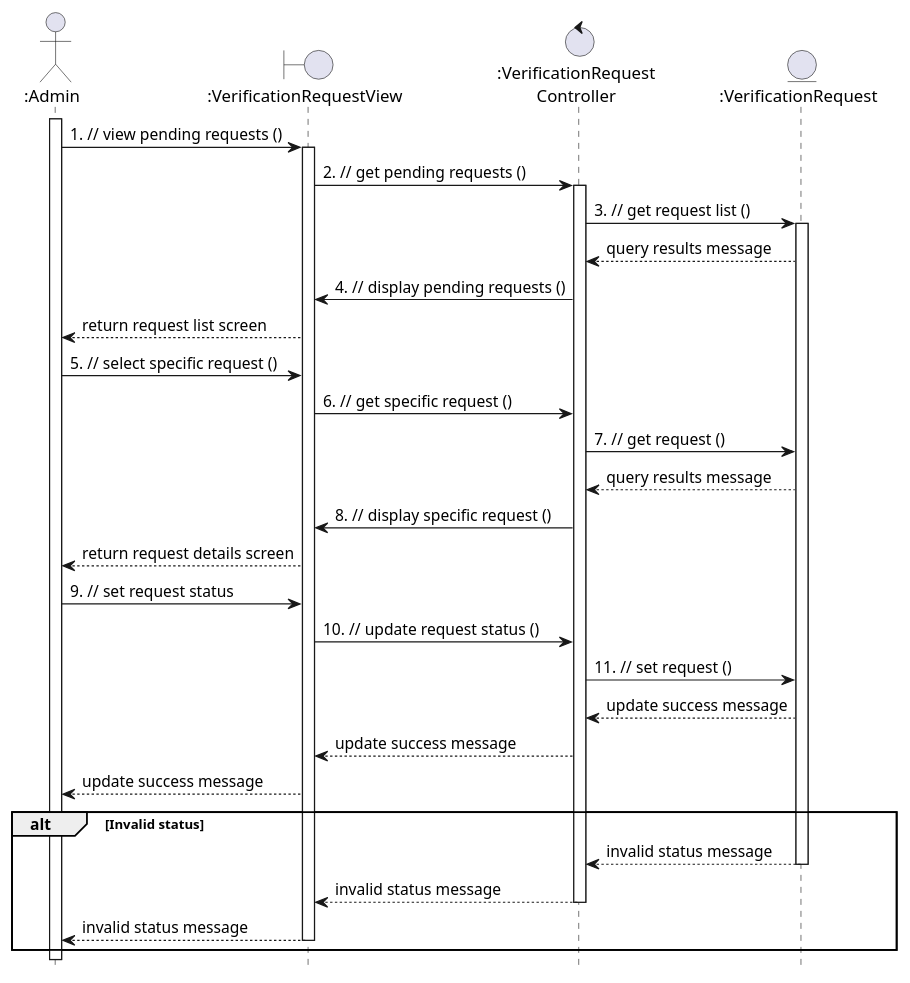
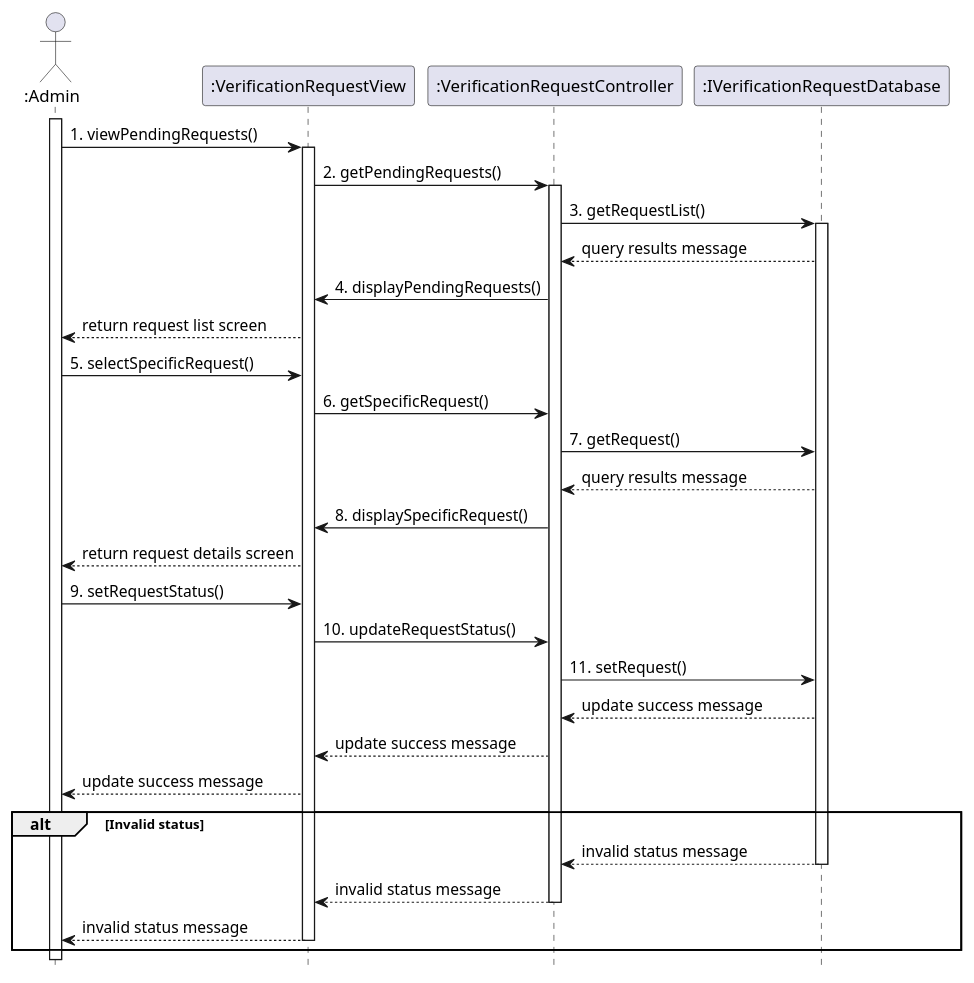
One commit to anhbanlinhle/velocity-exchange changed the diagram in uml/design/sequence/linh/approve_car_for_auction.pu. Above: the diagram before and after it, drawn with PlantUML. The commit also changed 1 other file, not shown here.

```diff
--- a/uml/design/sequence/linh/approve_car_for_auction.pu
+++ b/uml/design/sequence/linh/approve_car_for_auction.pu
@@ -1,45 +1,45 @@
 @startuml UC_19
 hide footbox
 
 
 actor ":Admin" as Admin
-boundary ":VerificationRequestView" as PendingRequestsView
-control ":VerificationRequest\nController" as VerificationRequestController
-entity ":VerificationRequest" as PendingRequests
+participant ":VerificationRequestView" as PendingRequestsView
+participant ":VerificationRequestController" as VerificationRequestController
+participant ":IVerificationRequestDatabase" as PendingRequests
 
 Admin ++
-  Admin -> PendingRequestsView: 1. // view pending requests ()
+  Admin -> PendingRequestsView: 1. viewPendingRequests()
   PendingRequestsView ++
-    PendingRequestsView -> VerificationRequestController: 2. // get pending requests ()
+    PendingRequestsView -> VerificationRequestController: 2. getPendingRequests()
     VerificationRequestController ++
-      VerificationRequestController -> PendingRequests: 3. // get request list ()
+      VerificationRequestController -> PendingRequests: 3. getRequestList()
         PendingRequests ++
         PendingRequests --> VerificationRequestController: query results message
-      VerificationRequestController -> PendingRequestsView: 4. // display pending requests ()
+      VerificationRequestController -> PendingRequestsView: 4. displayPendingRequests()
       PendingRequestsView --> Admin: return request list screen
 
 
-  Admin -> PendingRequestsView: 5. // select specific request ()
-    PendingRequestsView -> VerificationRequestController: 6. // get specific request ()
-      VerificationRequestController -> PendingRequests: 7. // get request ()
+  Admin -> PendingRequestsView: 5. selectSpecificRequest()
+    PendingRequestsView -> VerificationRequestController: 6. getSpecificRequest()
+      VerificationRequestController -> PendingRequests: 7. getRequest()
         PendingRequests --> VerificationRequestController: query results message
-      VerificationRequestController -> PendingRequestsView: 8. // display specific request ()
+      VerificationRequestController -> PendingRequestsView: 8. displaySpecificRequest()
       PendingRequestsView --> Admin: return request details screen
 
-  Admin -> PendingRequestsView: 9. // set request status
-    PendingRequestsView -> VerificationRequestController: 10. // update request status ()
-      VerificationRequestController -> PendingRequests: 11. // set request ()
+  Admin -> PendingRequestsView: 9. setRequestStatus()
+    PendingRequestsView -> VerificationRequestController: 10. updateRequestStatus()
+      VerificationRequestController -> PendingRequests: 11. setRequest()
         PendingRequests --> VerificationRequestController: update success message
       VerificationRequestController --> PendingRequestsView: update success message
     PendingRequestsView --> Admin: update success message
 
 alt Invalid status
   PendingRequests --> VerificationRequestController: invalid status message
   PendingRequests --
     VerificationRequestController --> PendingRequestsView: invalid status message
     VerificationRequestController --
     PendingRequestsView --> Admin: invalid status message
     PendingRequestsView --
 end
 
 @enduml
```
